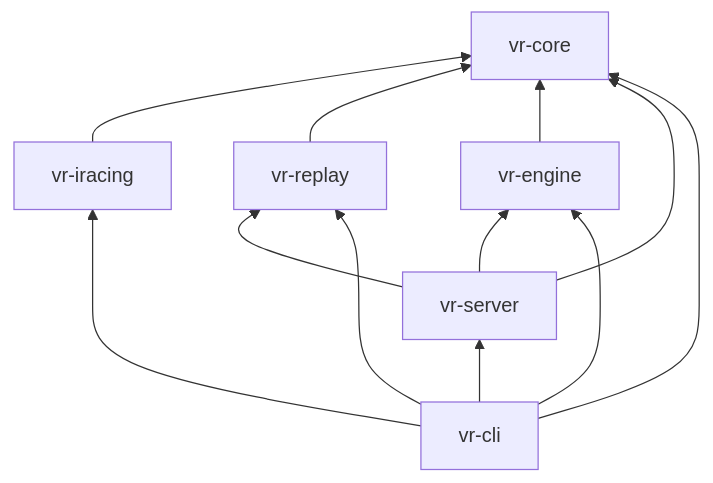
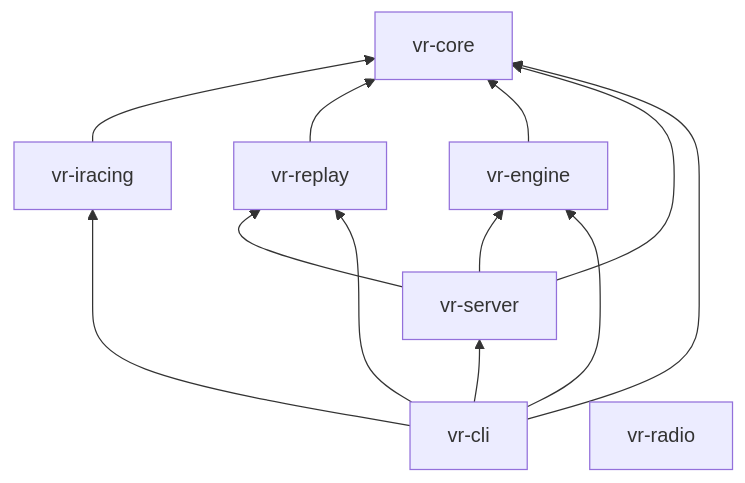
Before and after one commit to r4ai/vibe-racing: the third of 5 diagrams in docs/architecture.md, drawn with Mermaid. The commit also changed other lines of this file and 31 other files, not shown here.

````diff
--- a/docs/architecture.md
+++ b/docs/architecture.md
@@ -115,15 +119,16 @@
 ```mermaid
 flowchart BT
     core[vr-core]
     iracing[vr-iracing] --> core
     replay[vr-replay] --> core
     engine[vr-engine] --> core
     server[vr-server] --> engine
     server --> replay
     server --> core
     cli[vr-cli] --> server
     cli --> engine
     cli --> iracing
     cli --> replay
     cli --> core
+    radio[vr-radio]
 ```
````
